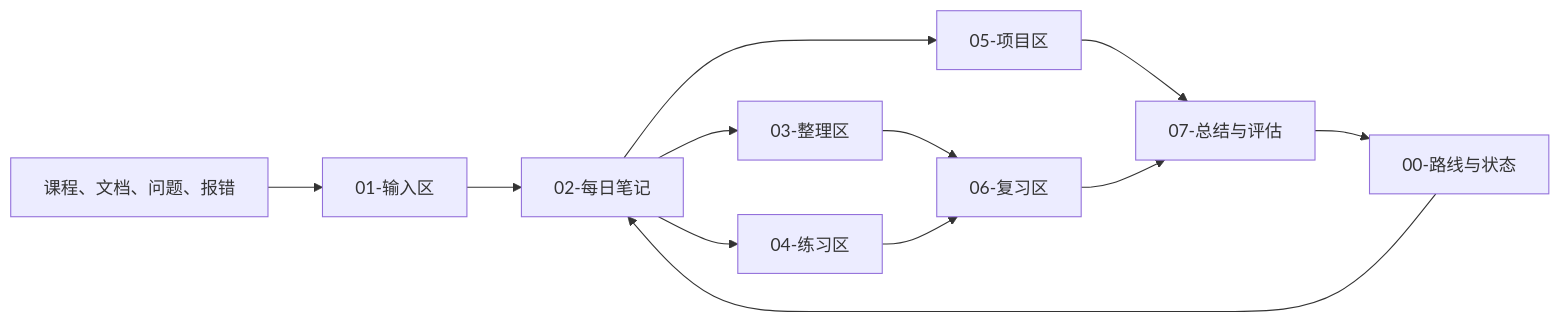
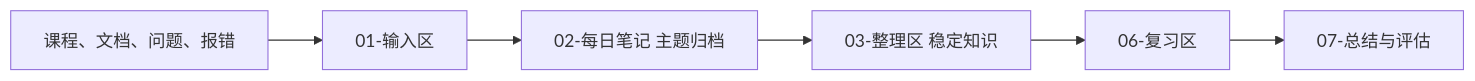
One commit to AtlaxTech/ai-agent-workshop changed the diagram in README.md. Above: the diagram before and after it, drawn with Mermaid. The commit also changed other lines of this file and 81 other files, not shown here.

````diff
--- a/README.md
+++ b/README.md
@@ -47,14 +44,8 @@
 ```mermaid
 flowchart LR
     A["课程、文档、问题、报错"] --> B["01-输入区"]
-    B --> C["02-每日笔记"]
-    C --> D["03-整理区"]
-    C --> E["04-练习区"]
-    C --> F["05-项目区"]
-    D --> G["06-复习区"]
-    E --> G
-    F --> H["07-总结与评估"]
-    G --> H
-    H --> I["00-路线与状态"]
-    I --> C
+    B --> C["02-每日笔记 主题归档"]
+    C --> D["03-整理区 稳定知识"]
+    D --> E["06-复习区"]
+    E --> F["07-总结与评估"]
 ```
````
